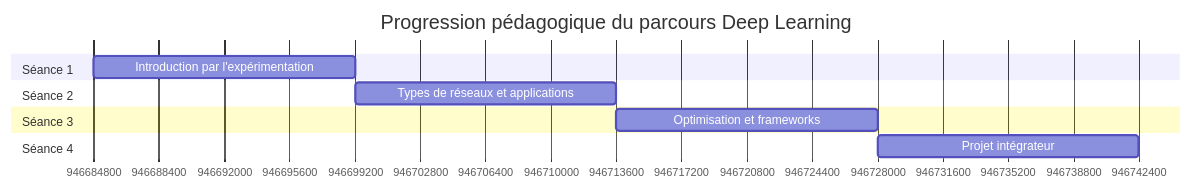
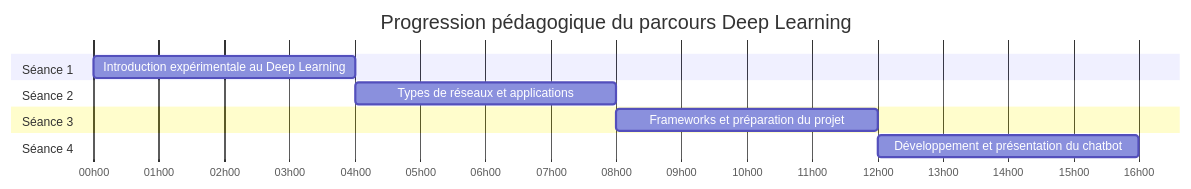
One commit to ggaillard/Atelier-deeplearning changed the diagram in docs/carte-progression.md. Above: the diagram before and after it, drawn with Mermaid. The commit also changed other lines of this file and 2 other files, not shown here.

````diff
--- a/docs/carte-progression.md
+++ b/docs/carte-progression.md
@@ -11,17 +11,18 @@
 ```mermaid
 gantt
     title Progression pédagogique du parcours Deep Learning
-    axisFormat %s
+    dateFormat HH:mm
+    axisFormat %Hh%M
     
     section Séance 1
-    Introduction par l'expérimentation    :a1, 0, 4h
+    Introduction expérimentale au Deep Learning    :s1, 00:00, 4h
     
     section Séance 2
-    Types de réseaux et applications      :a2, after a1, 4h
+    Types de réseaux et applications      :s2, after s1, 4h
     
     section Séance 3
-    Optimisation et frameworks            :a3, after a2, 4h
+    Frameworks et préparation du projet   :s3, after s2, 4h
     
     section Séance 4
-    Projet intégrateur                    :a4, after a3, 4h
+    Développement et présentation du chatbot   :s4, after s3, 4h
 ```
````
